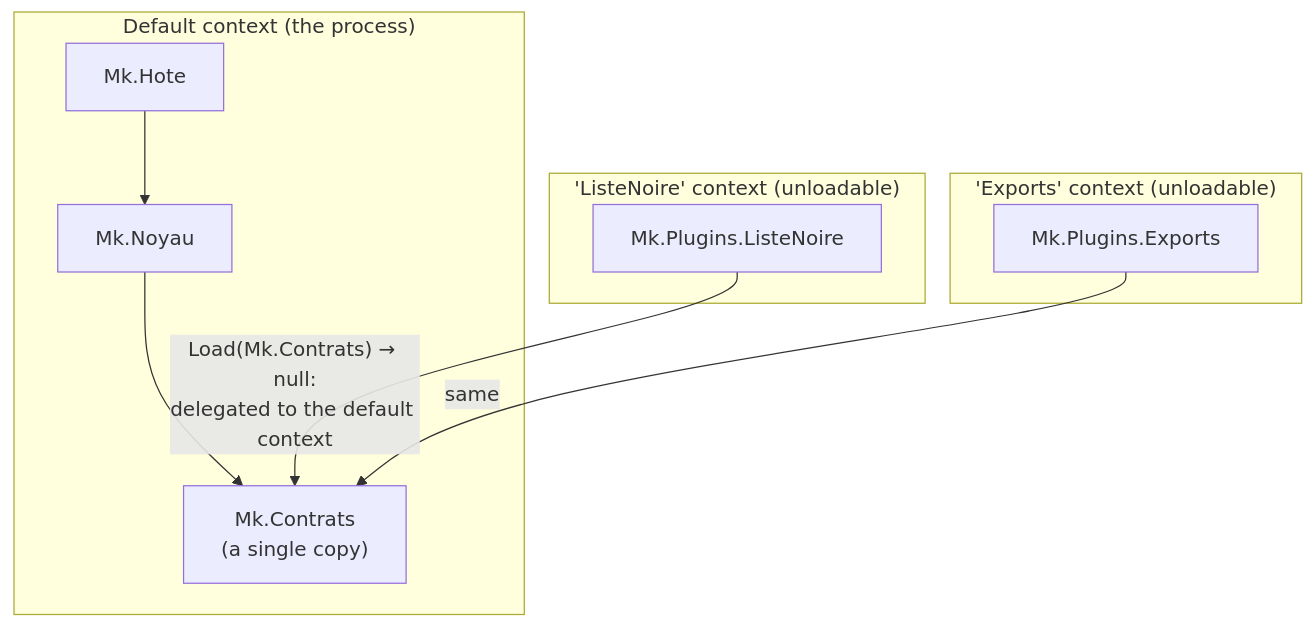
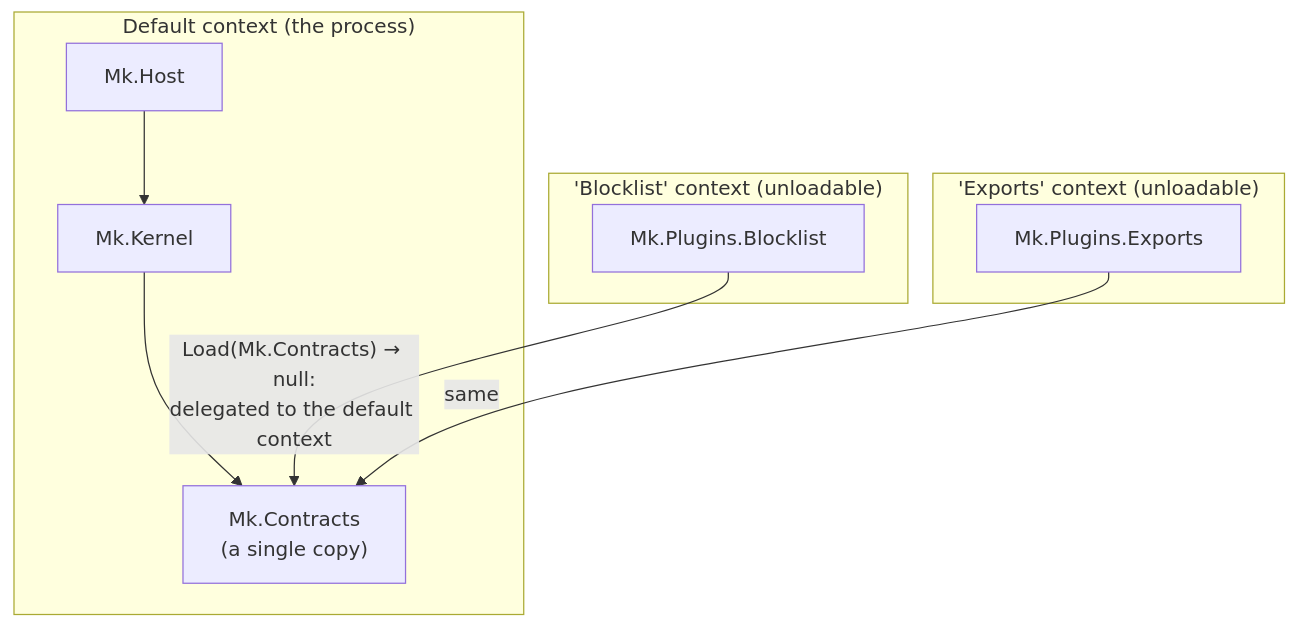
The second of 5 diagrams in Docs/en/13-microkernel.md (drangoht/ArchitecturesDemo), drawn with Mermaid before and after one commit. The commit also changed other lines of this file and 78 other files, not shown here.

First line of the commit message:
Docs EN : identifiants, liens, diagrammes et sorties alignés sur le code anglais

````diff
--- a/Docs/en/13-microkernel.md
+++ b/Docs/en/13-microkernel.md
@@ -184,14 +184,14 @@
 ```mermaid
 flowchart TB
     subgraph Defaut["Default context (the process)"]
-        H["Mk.Hote"] --> N["Mk.Noyau"] --> K["Mk.Contrats<br/>(a single copy)"]
+        H["Mk.Host"] --> N["Mk.Kernel"] --> K["Mk.Contracts<br/>(a single copy)"]
     end
-    subgraph A1["'ListeNoire' context (unloadable)"]
-        L["Mk.Plugins.ListeNoire"]
+    subgraph A1["'Blocklist' context (unloadable)"]
+        L["Mk.Plugins.Blocklist"]
     end
     subgraph A2["'Exports' context (unloadable)"]
         E["Mk.Plugins.Exports"]
     end
-    L -->|"Load(Mk.Contrats) → null:<br/>delegated to the default context"| K
+    L -->|"Load(Mk.Contracts) → null:<br/>delegated to the default context"| K
     E -->|"same"| K
 ```
````
